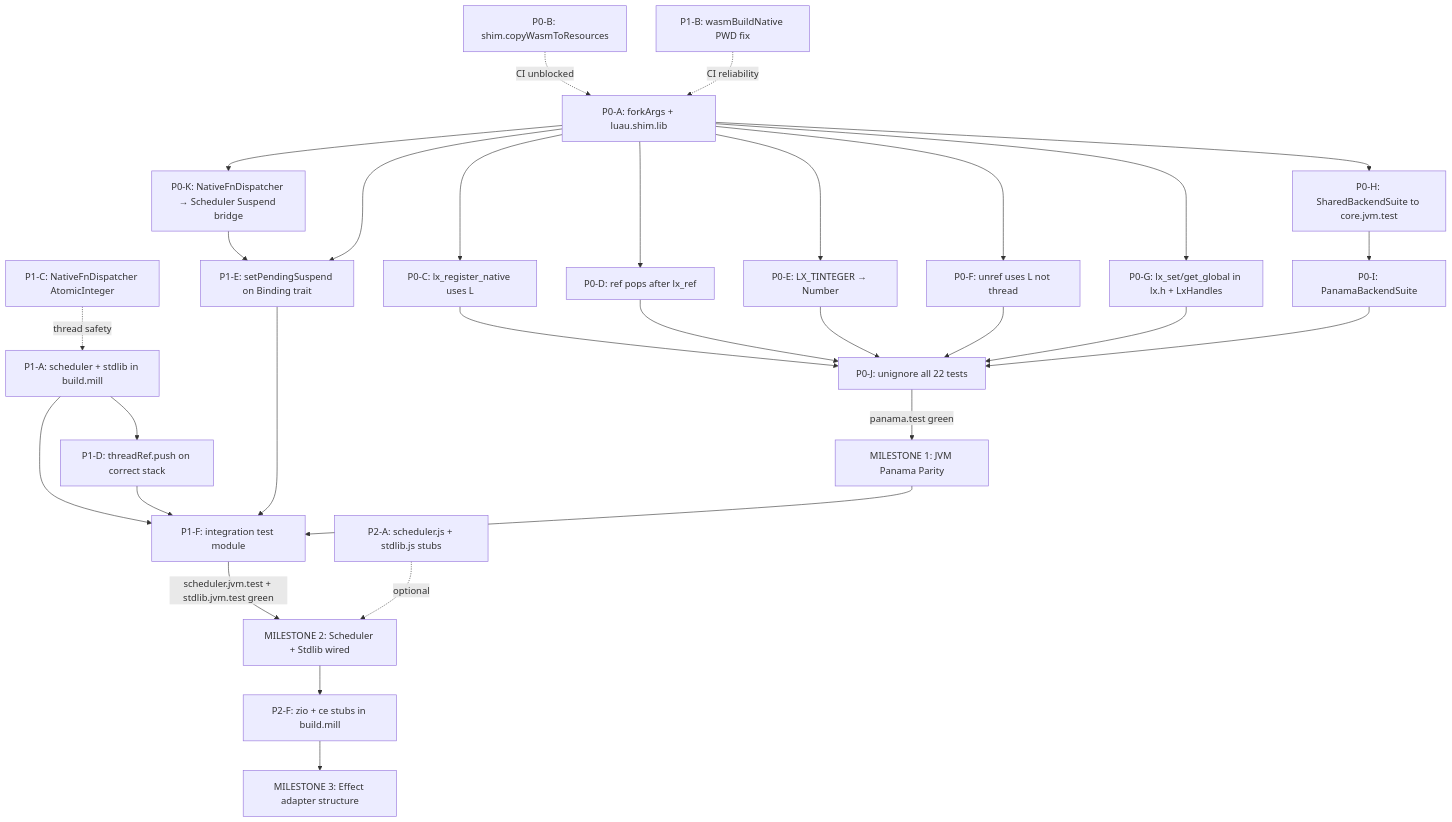
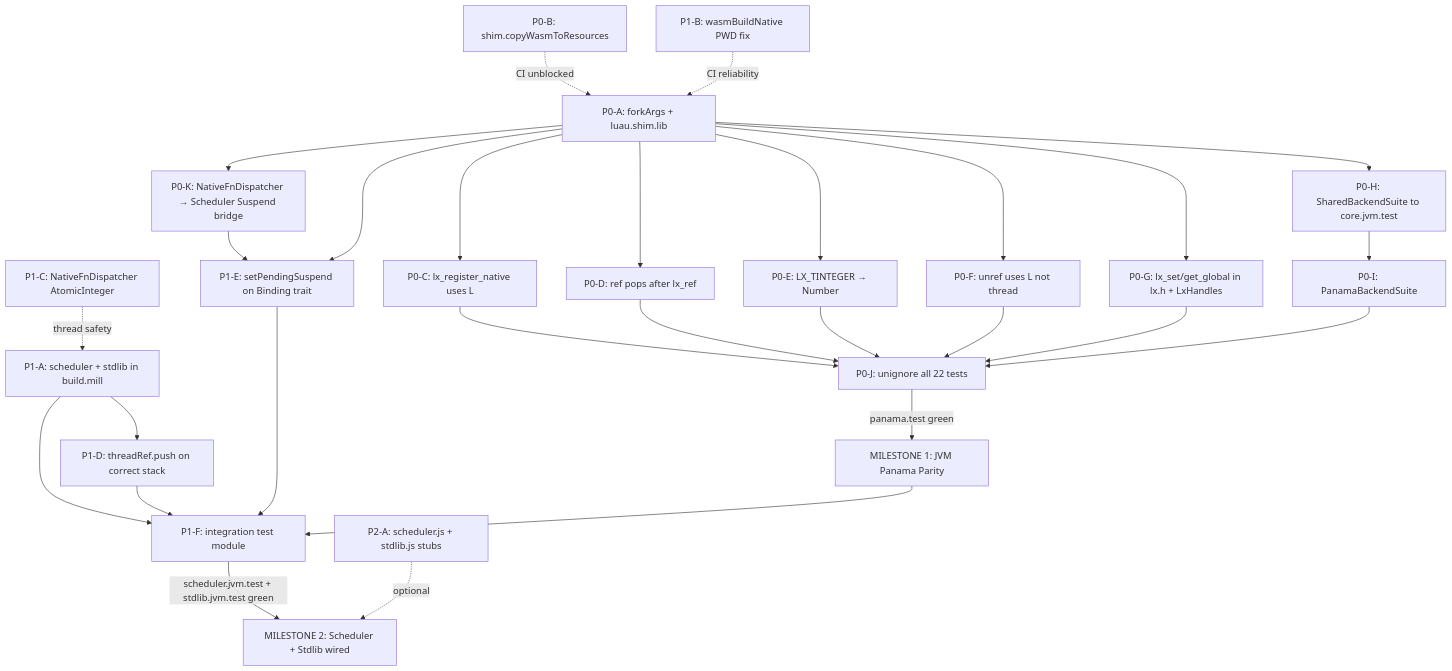
One commit to HollandDM/luau-scala changed the diagram in docs/roadmap/jvm-completion-roadmap.md. Above: the diagram before and after it, drawn with Mermaid. The commit also changed other lines of this file and 19 other files, not shown here.

First line of the commit message:
chore: drop ZIO / Cats Effect — plain Scala only

````diff
--- a/docs/roadmap/jvm-completion-roadmap.md
+++ b/docs/roadmap/jvm-completion-roadmap.md
@@ -609,43 +594,41 @@
 ```mermaid
 graph TD
     A[P0-A: forkArgs + luau.shim.lib] --> C[P0-C: lx_register_native uses L]
     A --> D[P0-D: ref pops after lx_ref]
     A --> E[P0-E: LX_TINTEGER → Number]
     A --> F[P0-F: unref uses L not thread]
     A --> G[P0-G: lx_set/get_global in lx.h + LxHandles]
     A --> H[P0-H: SharedBackendSuite to core.jvm.test]
 
     P0B[P0-B: shim.copyWasmToResources] -.->|CI unblocked| A
 
     C --> J[P0-J: unignore all 22 tests]
     D --> J
     E --> J
     F --> J
     G --> J
     H --> I[P0-I: PanamaBackendSuite]
     I --> J
 
     A --> K[P0-K: NativeFnDispatcher → Scheduler Suspend bridge]
 
     J -->|panama.test green| MILESTONE1[MILESTONE 1: JVM Panama Parity]
 
     P1A[P1-A: scheduler + stdlib in build.mill] --> P1D[P1-D: threadRef.push on correct stack]
     P1A --> P1F[P1-F: integration test module]
 
     K --> P1E[P1-E: setPendingSuspend on Binding trait]
     A --> P1E
 
     P1D --> P1F
     P1E --> P1F
 
     MILESTONE1 --> P1F
 
     P1F -->|scheduler.jvm.test + stdlib.jvm.test green| MILESTONE2[MILESTONE 2: Scheduler + Stdlib wired]
 
     P2A[P2-A: scheduler.js + stdlib.js stubs] -.->|optional| MILESTONE2
-    P2F[P2-F: zio + ce stubs in build.mill] --> MILESTONE3[MILESTONE 3: Effect adapter structure]
-    MILESTONE2 --> P2F
 
     P1B[P1-B: wasmBuildNative PWD fix] -.->|CI reliability| A
     P1C[P1-C: NativeFnDispatcher AtomicInteger] -.->|thread safety| P1A
 ```
````
